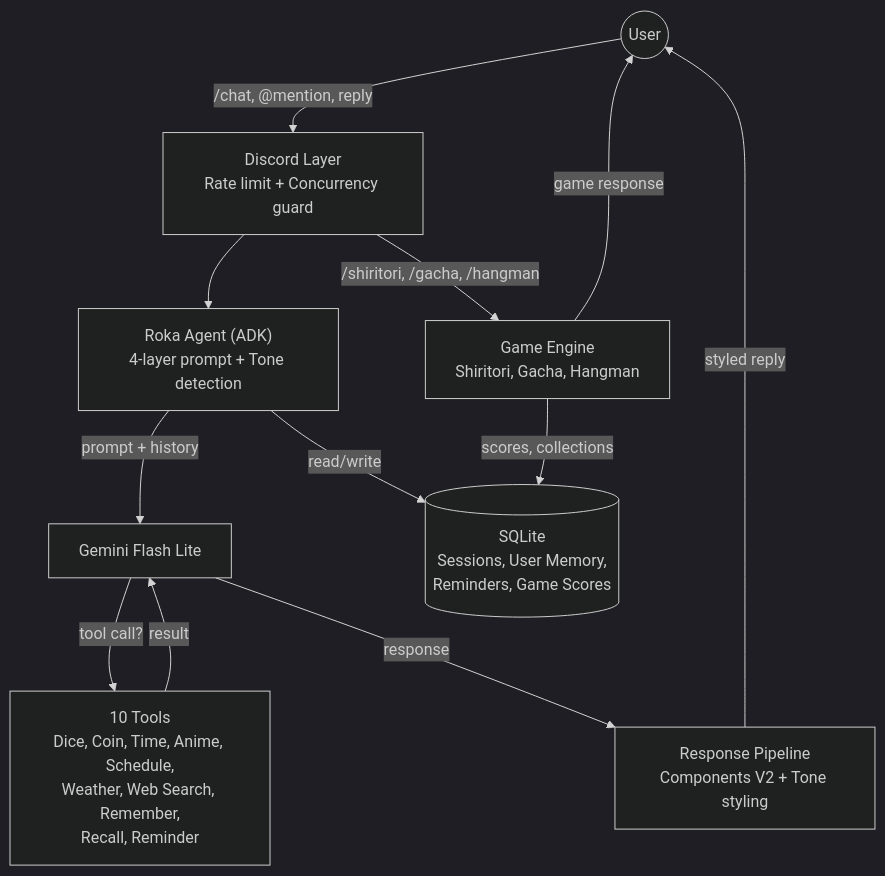
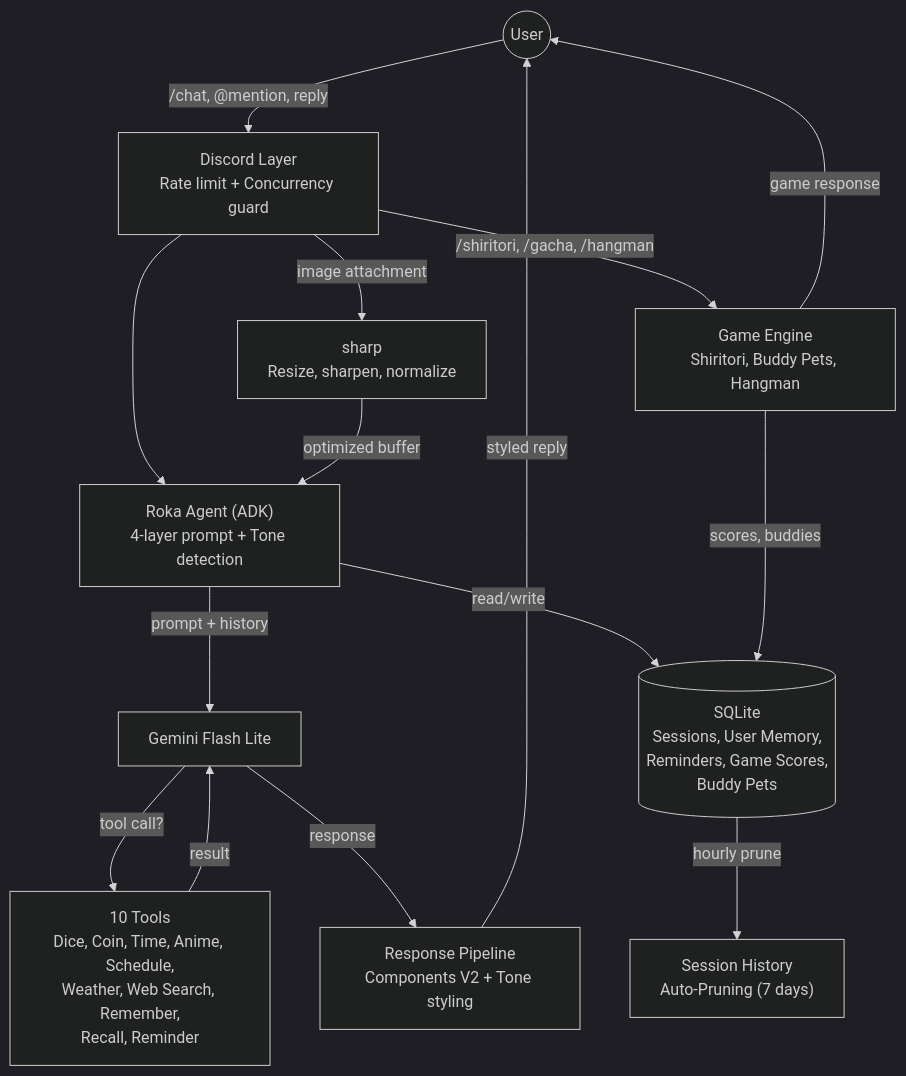
The first of 9 diagrams in README.md (AlaskanTuna/rokabot), drawn with Mermaid (dark theme) before and after one commit. The commit also changed other lines of this file, not shown here.

Commit message:
docs: update README with buddy pets, sharp pipeline, command reworks, and slash command reference

````diff
--- a/README.md
+++ b/README.md
@@ -40,15 +43,18 @@
 ```mermaid
 graph TD
     User((User)) -->|"/chat, @mention, reply"| Discord
     Discord["Discord Layer\nRate limit + Concurrency guard"] --> Agent
+    Discord -->|image attachment| Sharp["sharp\nResize, sharpen, normalize"]
+    Sharp -->|optimized buffer| Agent
     Agent["Roka Agent (ADK)\n4-layer prompt + Tone detection"] -->|prompt + history| Gemini
     Gemini["Gemini Flash Lite"] -->|tool call?| Tools
     Tools["10 Tools\nDice, Coin, Time, Anime, Schedule,\nWeather, Web Search, Remember,\nRecall, Reminder"] -->|result| Gemini
     Gemini -->|response| Pipeline
     Pipeline["Response Pipeline\nComponents V2 + Tone styling"] -->|styled reply| User
     Discord -->|"/shiritori, /gacha, /hangman"| Games
-    Games["Game Engine\nShiritori, Gacha, Hangman"] -->|game response| User
+    Games["Game Engine\nShiritori, Buddy Pets, Hangman"] -->|game response| User
     Agent -->|read/write| SQLite
-    Games -->|scores, collections| SQLite
-    SQLite[("SQLite\nSessions, User Memory,\nReminders, Game Scores")]
+    Games -->|scores, buddies| SQLite
+    SQLite[("SQLite\nSessions, User Memory,\nReminders, Game Scores,\nBuddy Pets")]
+    SQLite -->|hourly prune| Prune["Session History\nAuto-Pruning (7 days)"]
 ```
````
